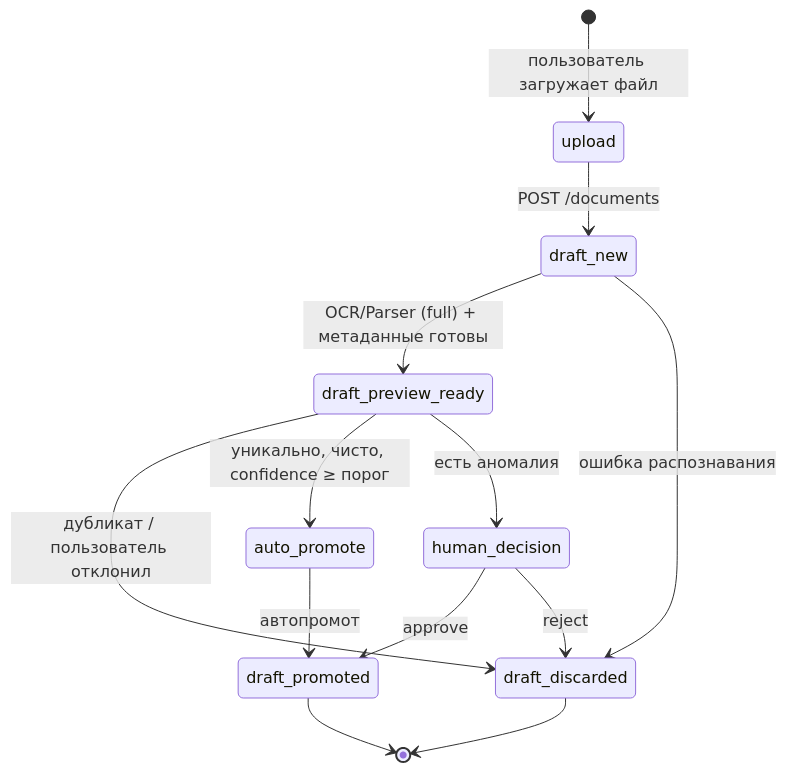
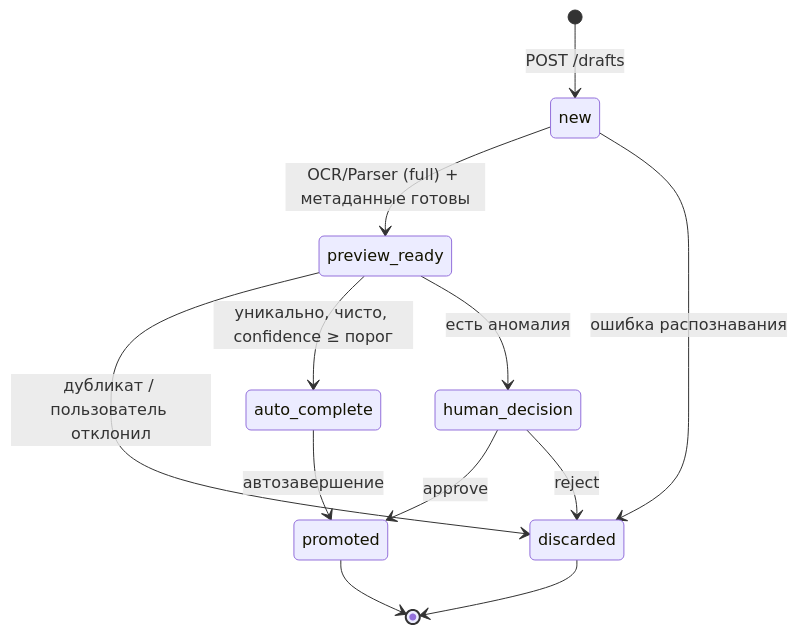
One commit to MasterKSAF/PKB changed the diagram in docs/plans/drafts_storage_plan.md. Above: the diagram before and after it, drawn with Mermaid. The commit also changed other lines of this file and 13 other files, not shown here.

````diff
--- a/docs/plans/drafts_storage_plan.md
+++ b/docs/plans/drafts_storage_plan.md
@@ -180,22 +181,20 @@
 ```mermaid
 stateDiagram-v2
-    [*] --> upload : пользователь загружает файл
+    [*] --> new : POST /drafts
     
-    upload --> draft_new : POST /documents
+    new --> preview_ready : OCR/Parser (full) + метаданные готовы
+    new --> discarded : ошибка распознавания
     
-    draft_new --> draft_preview_ready : OCR/Parser (full) + метаданные готовы
-    draft_new --> draft_discarded : ошибка распознавания
+    preview_ready --> discarded : дубликат / пользователь отклонил
     
-    draft_preview_ready --> draft_discarded : дубликат / пользователь отклонил
+    preview_ready --> auto_complete : уникально, чисто, confidence ≥ порог
+    preview_ready --> human_decision : есть аномалия
     
-    draft_preview_ready --> auto_promote : уникально, чисто, confidence ≥ порог
-    draft_preview_ready --> human_decision : есть аномалия
+    human_decision --> promoted : approve
+    human_decision --> discarded : reject
     
-    human_decision --> draft_promoted : approve
-    human_decision --> draft_discarded : reject
+    auto_complete --> promoted : автозавершение
     
-    auto_promote --> draft_promoted : автопромот
-    
-    draft_promoted --> [*]
-    draft_discarded --> [*]
+    promoted --> [*]
+    discarded --> [*]
 ```
````
